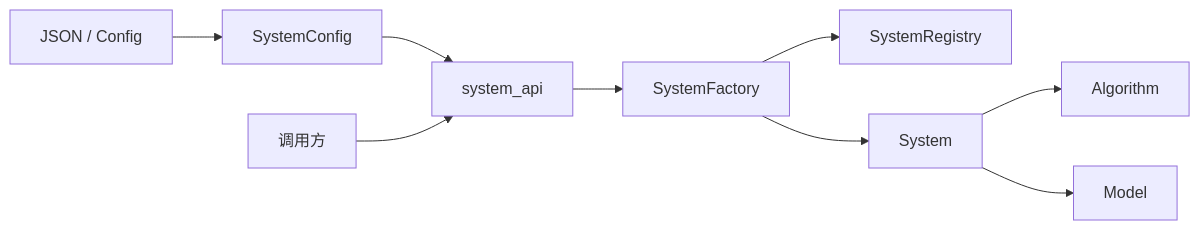
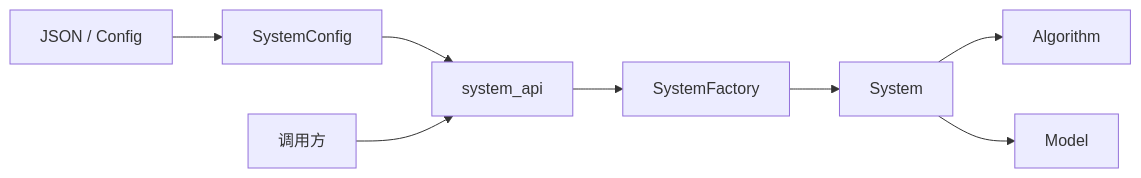
One commit to diaoenmao/RPipe changed the fourth of 6 diagrams in docs/code_structure/structure.md. Above: the diagram before and after it, drawn with Mermaid. The commit also changed other lines of this file and 26 other files, not shown here.

````diff
--- a/docs/code_structure/structure.md
+++ b/docs/code_structure/structure.md
@@ -634,21 +629,19 @@
 ```mermaid
 flowchart LR
   json["JSON / Config"]
   cfg["SystemConfig"]
   api["system_api"]
   factory["SystemFactory"]
-  registry["SystemRegistry"]
   systemObj["System"]
   algo["Algorithm"]
   modelObj["Model"]
   caller["调用方"]
 
   json --> cfg
   cfg --> api
   api --> factory
-  factory --> registry
   factory --> systemObj
   caller --> api
   systemObj --> algo
   systemObj --> modelObj
 ```
````
